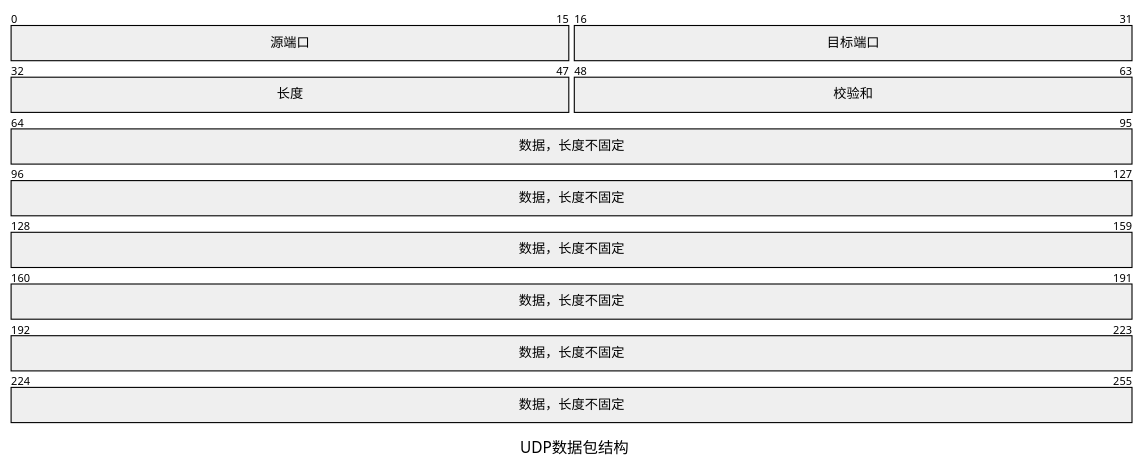
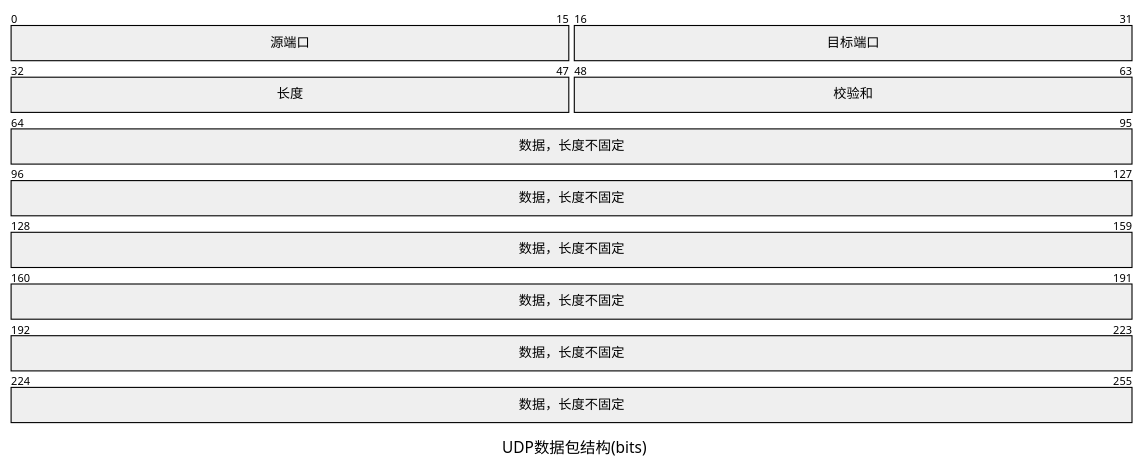
The first of 2 diagrams in lib/底层网络知识之重要的传输层/UDP.md (kyriejoshua/network-protocol-notes), drawn with Mermaid before and after one commit. The commit also changed other lines of this file and 2 other files, not shown here.

````diff
--- a/lib/底层网络知识之重要的传输层/UDP.md
+++ b/lib/底层网络知识之重要的传输层/UDP.md
@@ -37,11 +41,11 @@
 ```mermaid
 ---
-title: "UDP数据包结构"
+title: "UDP数据包结构(bits)"
 ---
 packet-beta
 0-15: "源端口"
 16-31: "目标端口"
 32-47: "长度"
 48-63: "校验和"
 64-255: "数据，长度不固定"
 ```
````
